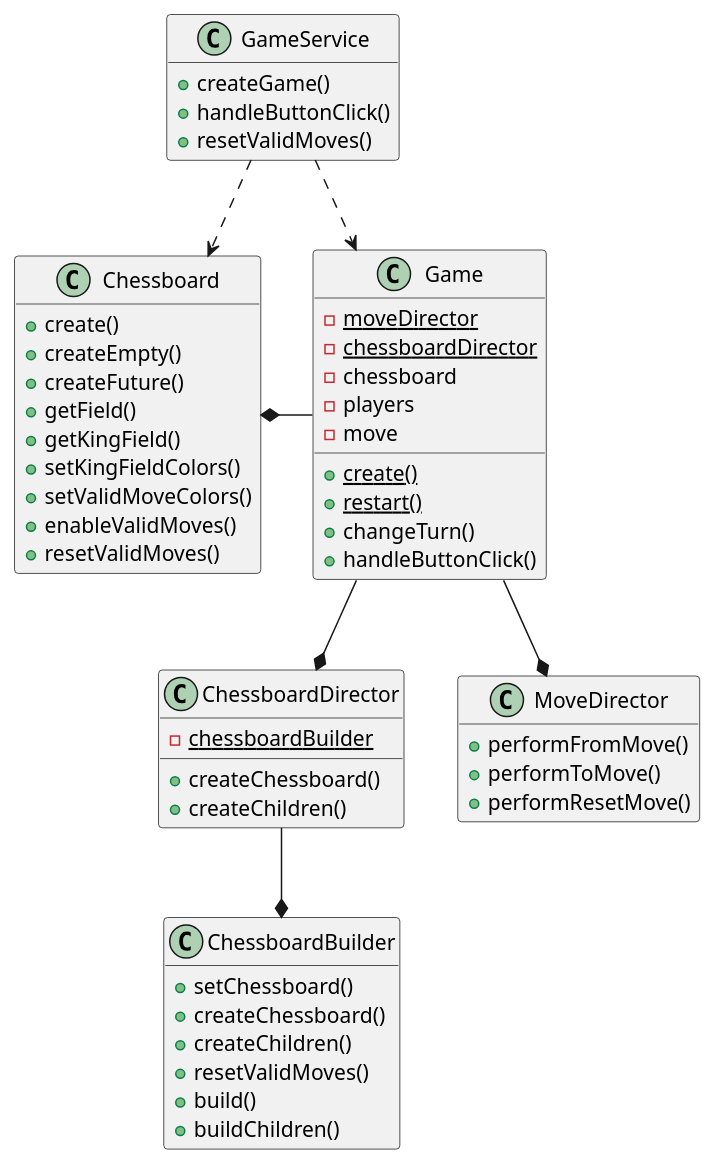
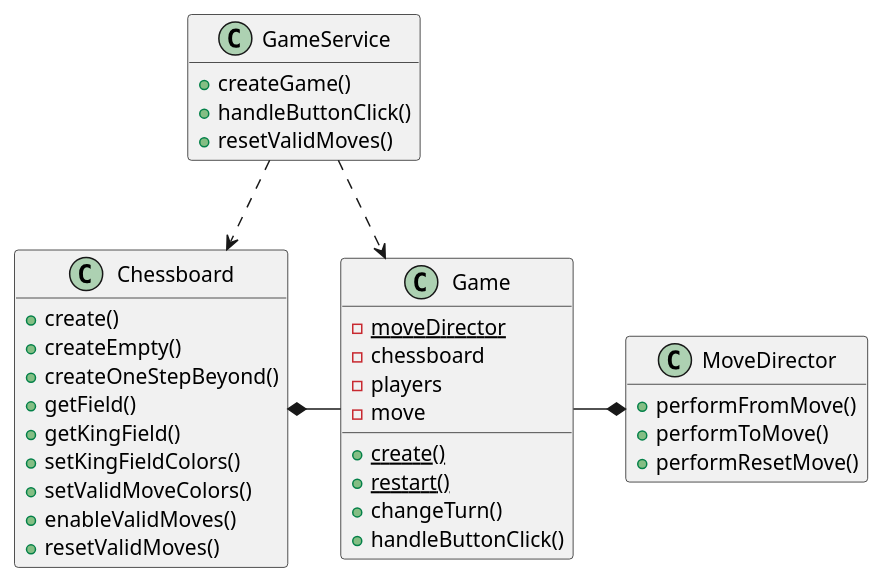
The diagram in game/src/main/resources/uml/game.puml (tiktaalick/chess-with-database), drawn with PlantUML before and after one commit. The commit also changed 6 other files, not shown here.

```diff
--- a/game/src/main/resources/uml/game.puml
+++ b/game/src/main/resources/uml/game.puml
@@ -1,72 +1,54 @@
 @startuml
 
 '--------------'
 'Hidden members'
 '--------------'
 hide empty members
 
 '----'
 'Game'
 '----'
 class GameService {
     + createGame()
     + handleButtonClick()
     + resetValidMoves()
 }
 
 class Game {
     - {static} moveDirector
-    - {static} chessboardDirector
     - chessboard
     - players
     - move
     + {static} create()
     + {static} restart()
     + changeTurn()
     + handleButtonClick()
 }
 
 class Chessboard {
     + create()
     + createEmpty()
-    + createFuture()
+    + createOneStepBeyond()
     + getField()
     + getKingField()
     + setKingFieldColors()
     + setValidMoveColors()
     + enableValidMoves()
     + resetValidMoves()
-}
-
-class ChessboardDirector {
-    - {static} chessboardBuilder
-    + createChessboard()
-    + createChildren()
-}
-
-class ChessboardBuilder {
-    + setChessboard()
-    + createChessboard()
-    + createChildren()
-    + resetValidMoves()
-    + build()
-    + buildChildren()
 }
 
 class MoveDirector {
     + performFromMove()
     + performToMove()
     + performResetMove()
 }
 
 '---------'
 'Relations'
 '---------'
 GameService ..> Game
 GameService ..> Chessboard
 Game -left-* Chessboard
-Game -down-* MoveDirector
-Game -down-* ChessboardDirector
-ChessboardDirector --* ChessboardBuilder
+Game -right-* MoveDirector
 
 @enduml
```
